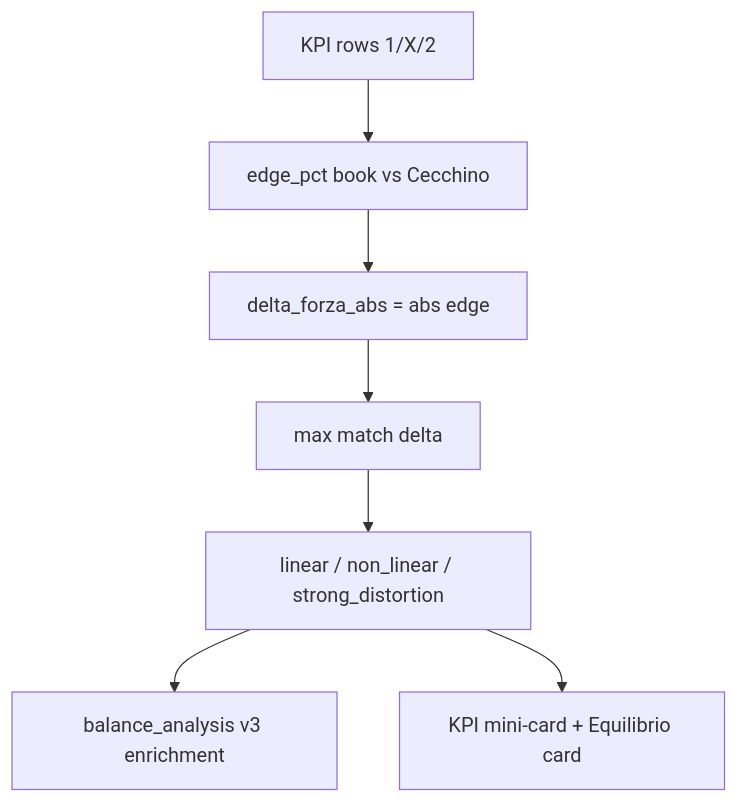
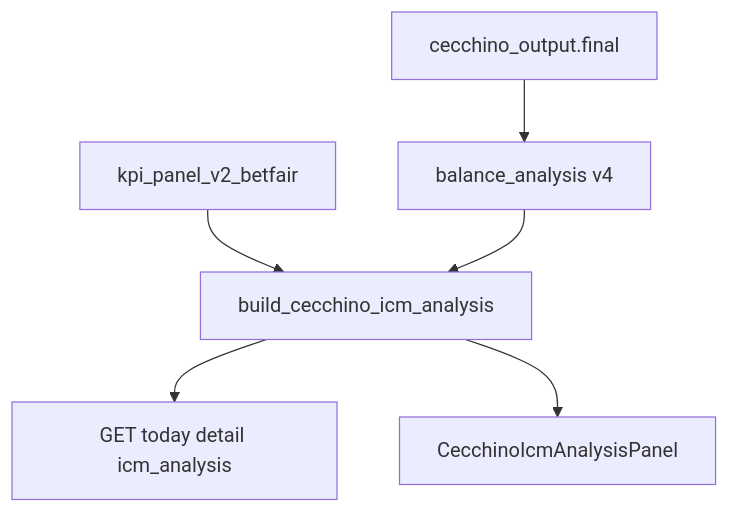
Before and after one commit to Rccard92/football-sot-predictor: the third of 17 diagrams in docs/SOT_PREDICTOR_PIPELINE_OPERATIVA.md, drawn with Mermaid. The commit also changed other lines of this file and 21 other files, not shown here.

Commit message:
feat: replace Delta Force with Cecchino ICM

````diff
--- a/docs/SOT_PREDICTOR_PIPELINE_OPERATIVA.md
+++ b/docs/SOT_PREDICTOR_PIPELINE_OPERATIVA.md
@@ -68,9 +68,8 @@
 ```mermaid
 flowchart TD
-  kpiRows[KPI rows 1/X/2] --> edge[edge_pct book vs Cecchino]
-  edge --> delta[delta_forza_abs = abs edge]
-  delta --> matchMax[max match delta]
-  matchMax --> classify[linear / non_linear / strong_distortion]
-  classify --> balance[balance_analysis v3 enrichment]
-  classify --> ui[KPI mini-card + Equilibrio card]
+  final[cecchino_output.final] --> balance[balance_analysis v4]
+  kpi[kpi_panel_v2_betfair] --> icm[build_cecchino_icm_analysis]
+  balance --> icm
+  icm --> detail[GET today detail icm_analysis]
+  icm --> ui[CecchinoIcmAnalysisPanel]
 ```
````
